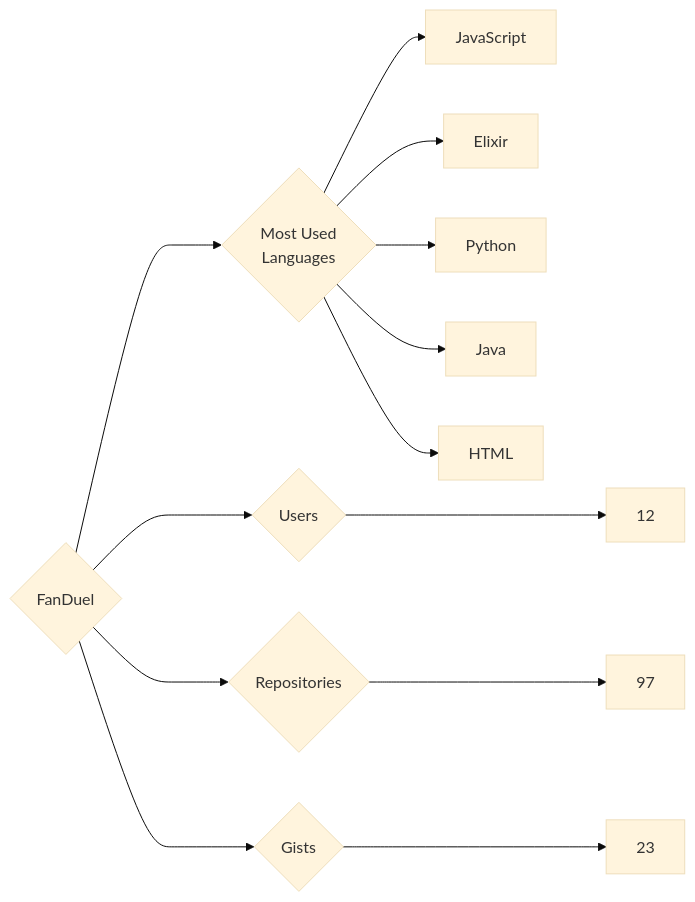
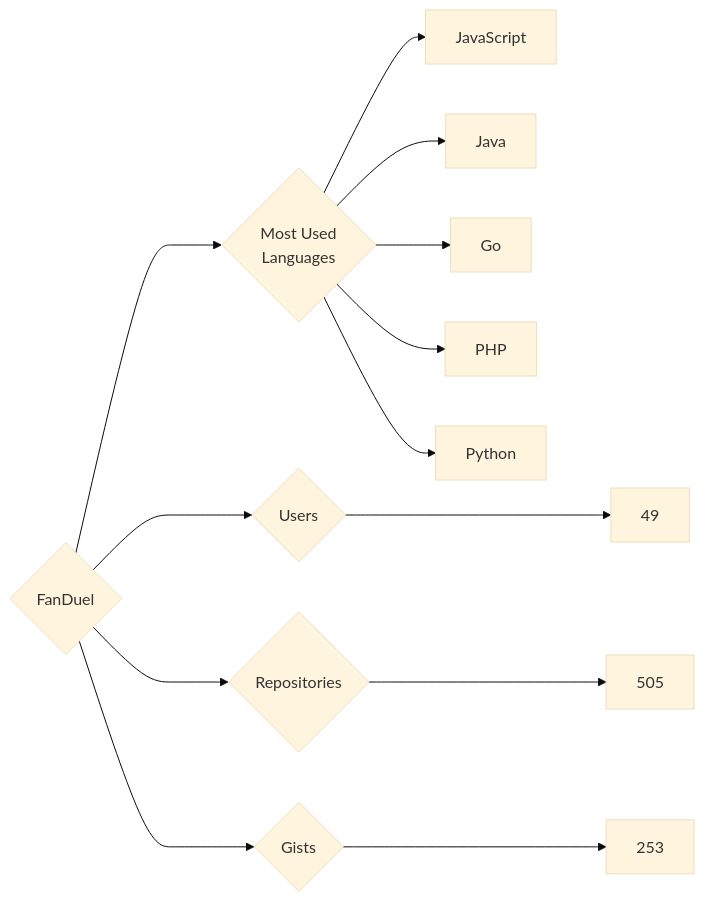
The diagram in targets/FanDuel/README.md (trickest/insiders), drawn with Mermaid (base theme) before and after one commit. The commit also changed 786 other files, not shown here.

````diff
--- a/targets/FanDuel/README.md
+++ b/targets/FanDuel/README.md
@@ -3,13 +3,13 @@
 ```mermaid
 graph LR
 COMPANY_NAME{FanDuel}
-COMPANY_NAME ---> U{Users} ---> UN[12]
-COMPANY_NAME ---> R{Repositories} ---> RN[97]
-COMPANY_NAME ---> G{Gists} ---> GN[23]
+COMPANY_NAME ---> U{Users} ---> UN[49]
+COMPANY_NAME ---> R{Repositories} ---> RN[505]
+COMPANY_NAME ---> G{Gists} ---> GN[253]
 COMPANY_NAME ---> ML{Most Used<br>Languages}
 ML --> JavaScript[JavaScript]
-ML --> Elixir[Elixir]
+ML --> Java[Java]
+ML --> Go[Go]
+ML --> PHP[PHP]
 ML --> Python[Python]
-ML --> Java[Java]
-ML --> HTML[HTML]
 ```
````
